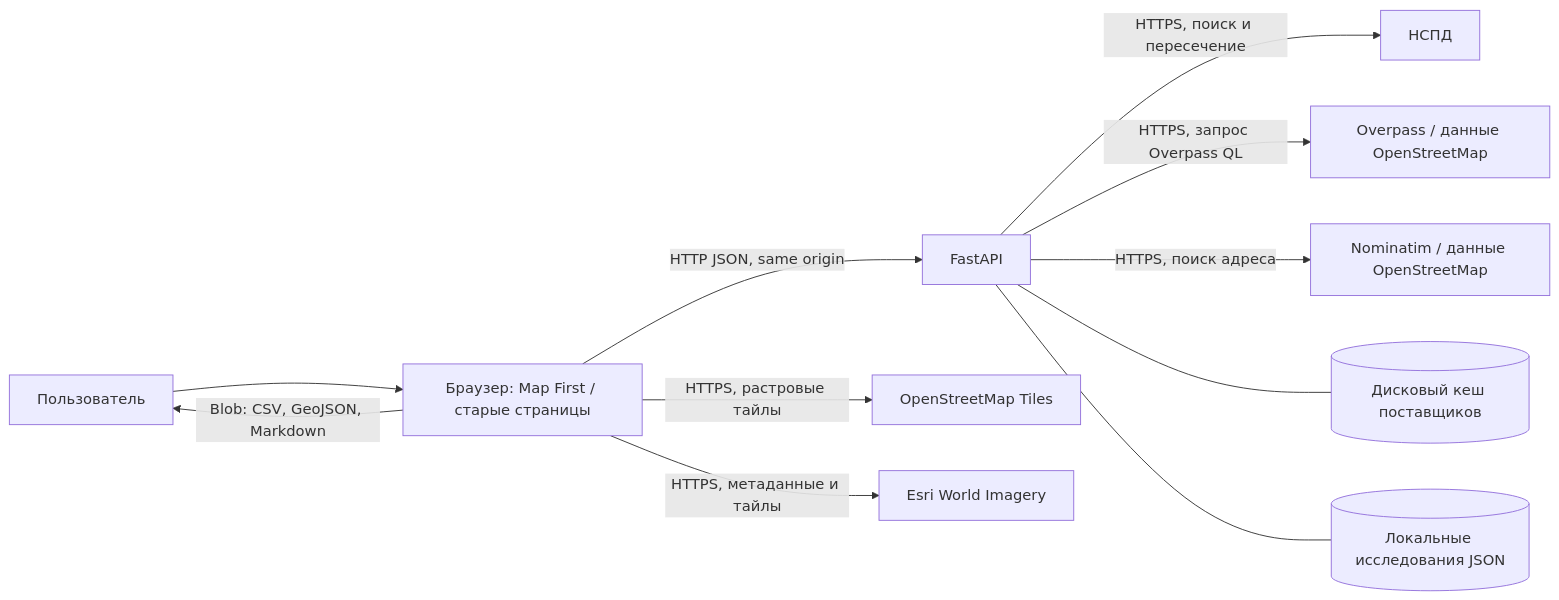
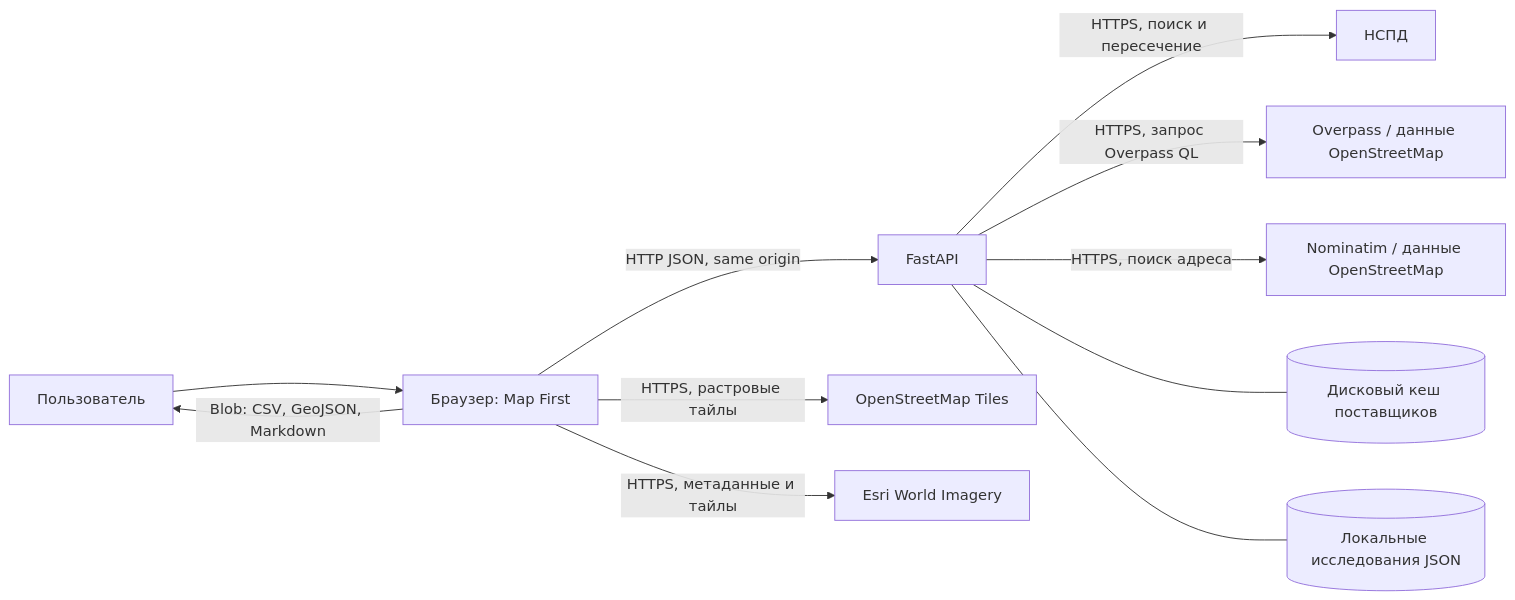
Before and after one commit to slavabochkarev/ecogeoterra: the diagram in docs/architecture/00_SYSTEM_OVERVIEW.md, drawn with Mermaid. The commit also changed other lines of this file and 53 other files, not shown here.

````diff
--- a/docs/architecture/00_SYSTEM_OVERVIEW.md
+++ b/docs/architecture/00_SYSTEM_OVERVIEW.md
@@ -25,13 +26,13 @@
 ```mermaid
 flowchart LR
-    U["Пользователь"] --> UI["Браузер: Map First / старые страницы"]
+    U["Пользователь"] --> UI["Браузер: Map First"]
     UI -->|HTTP JSON, same origin| API["FastAPI"]
     API -->|HTTPS, поиск и пересечение| NSPD["НСПД"]
     API -->|HTTPS, запрос Overpass QL| OVER["Overpass / данные OpenStreetMap"]
     API -->|HTTPS, поиск адреса| NOM["Nominatim / данные OpenStreetMap"]
     UI -->|HTTPS, растровые тайлы| TILE["OpenStreetMap Tiles"]
     UI -->|HTTPS, метаданные и тайлы| ESRI["Esri World Imagery"]
     API --- CACHE[("Дисковый кеш поставщиков")]
     API --- STORE[("Локальные исследования JSON")]
     UI -->|Blob: CSV, GeoJSON, Markdown| U
 ```
````
